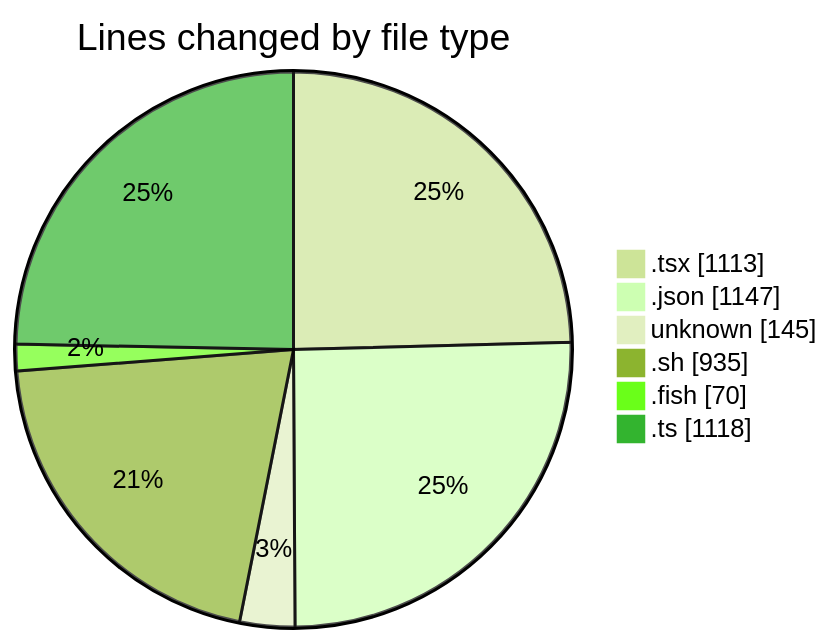
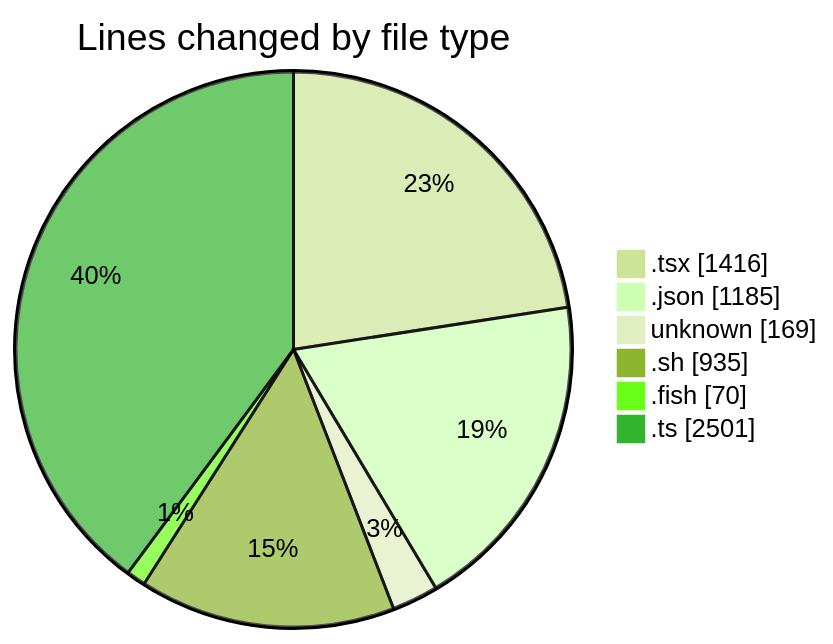
Before and after one commit to EIIisD/code-tracking: the first of 2 diagrams in 2025-07-17/ribbon/README.md, drawn with Mermaid (forest theme). The commit also changed other lines of this file and 1 other file, not shown here.

````diff
--- a/2025-07-17/ribbon/README.md
+++ b/2025-07-17/ribbon/README.md
@@ -44,10 +53,10 @@
 ```mermaid
 pie showData
 title Lines changed by file type
-".tsx" : 1113
-".json" : 1147
-"unknown" : 145
+".tsx" : 1416
+".json" : 1185
+"unknown" : 169
 ".sh" : 935
 ".fish" : 70
-".ts" : 1118
+".ts" : 2501
 ```
````
